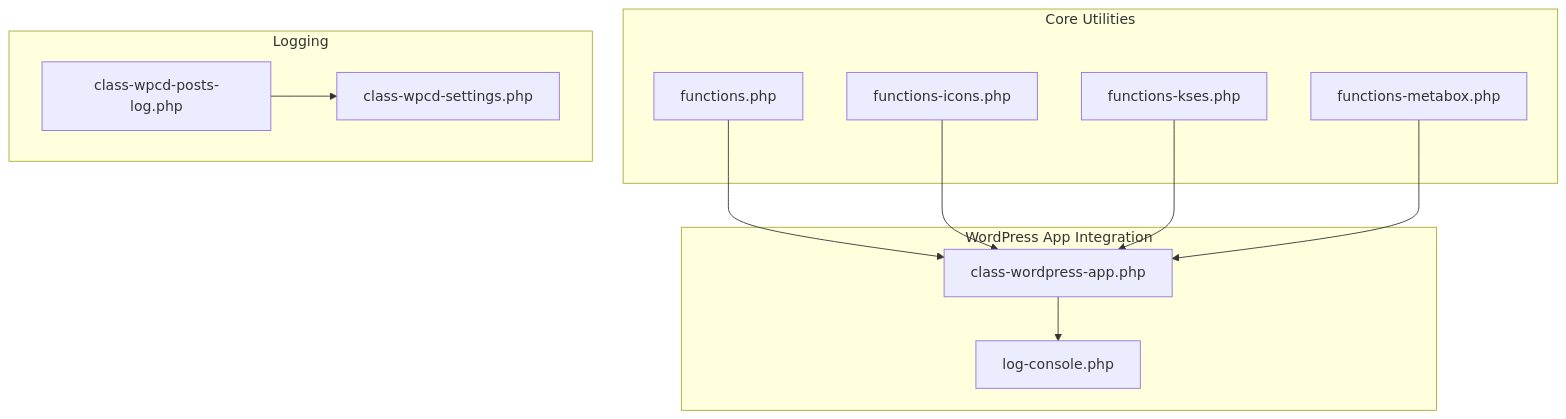
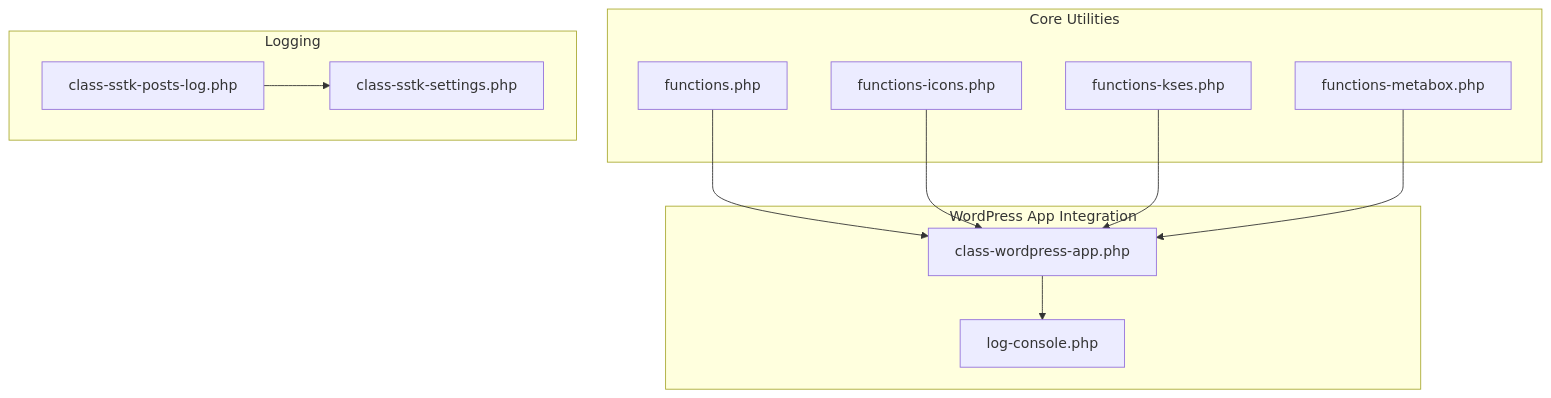
Before and after one commit to onedogsolutions/simple-stack: the first of 9 diagrams in .qoder/repowiki/en/content/Core Components/Utility Functions & Helpers.md, drawn with Mermaid. The commit also changed other lines of this file and 5941 other files, not shown here.

````diff
--- a/.qoder/repowiki/en/content/Core Components/Utility Functions & Helpers.md
+++ b/.qoder/repowiki/en/content/Core Components/Utility Functions & Helpers.md
@@ -47,23 +47,23 @@
 ```mermaid
 graph TB
 subgraph "Core Utilities"
 F["functions.php"]
 I["functions-icons.php"]
 K["functions-kses.php"]
 M["functions-metabox.php"]
 end
 subgraph "Logging"
-L["class-wpcd-posts-log.php"]
-S["class-wpcd-settings.php"]
+L["class-sstk-posts-log.php"]
+S["class-sstk-settings.php"]
 end
 subgraph "WordPress App Integration"
 W["class-wordpress-app.php"]
 T["log-console.php"]
 end
 F --> W
 I --> W
 K --> W
 M --> W
 L --> S
 W --> T
 ```
````
